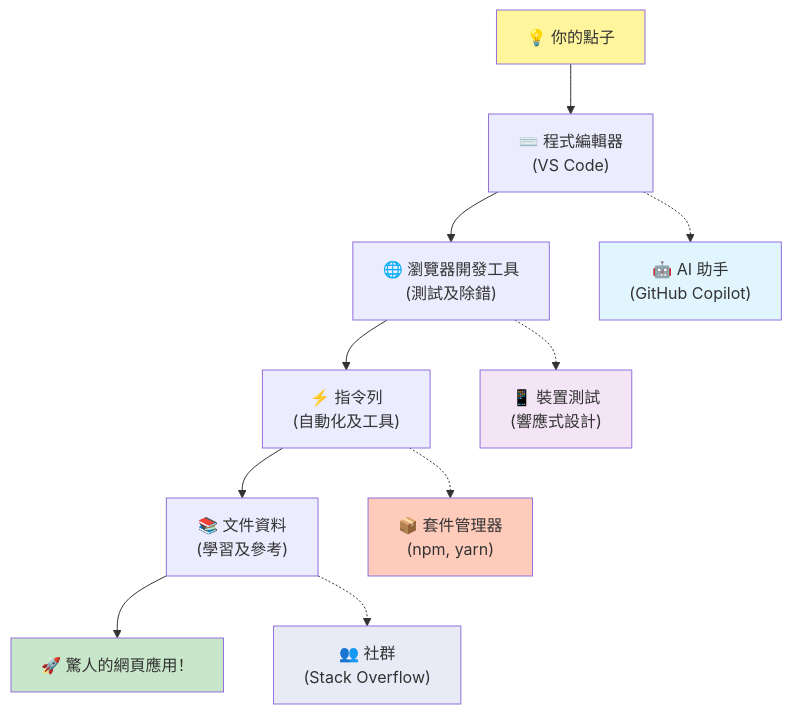
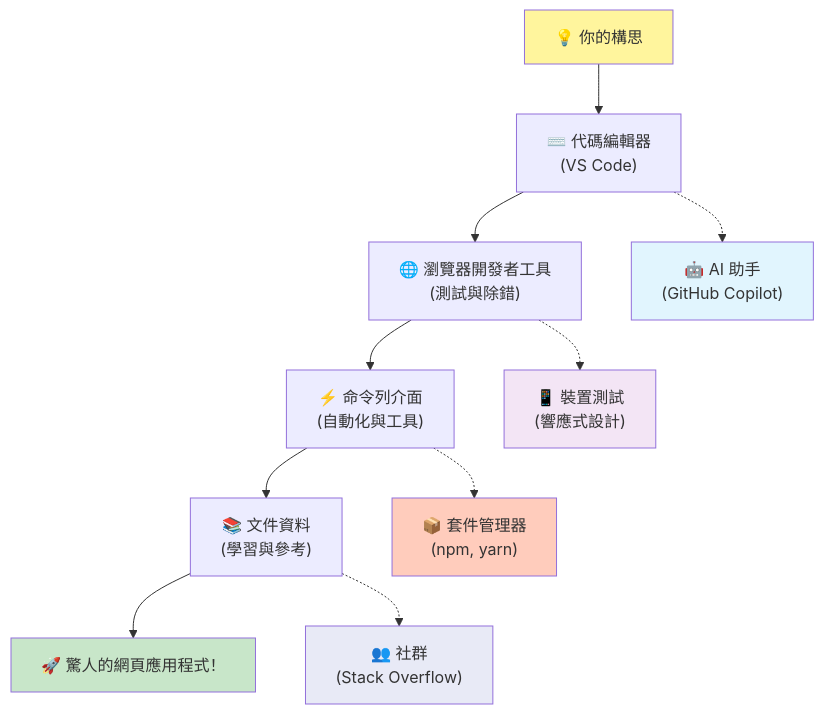
The fifth of 7 diagrams in translations/zh-HK/1-getting-started-lessons/1-intro-to-programming-languages/README.md (microsoft/Web-Dev-For-Beginners), drawn with Mermaid before and after one commit. The commit also changed other lines of this file and 8 other files, not shown here.

````diff
--- a/translations/zh-HK/1-getting-started-lessons/1-intro-to-programming-languages/README.md
+++ b/translations/zh-HK/1-getting-started-lessons/1-intro-to-programming-languages/README.md
@@ -487,20 +488,20 @@
 ```mermaid
 graph TD
-    A["💡 你的點子"] --> B["⌨️ 程式編輯器<br/>(VS Code)"] 
-    B --> C["🌐 瀏覽器開發工具<br/>(測試及除錯)"]
-    C --> D["⚡ 指令列<br/>(自動化及工具)"]
-    D --> E["📚 文件資料<br/>(學習及參考)"]
-    E --> F["🚀 驚人的網頁應用！"]
+    A["💡 你的構思"] --> B["⌨️ 代碼編輯器<br/>(VS Code)"] 
+    B --> C["🌐 瀏覽器開發者工具<br/>(測試與除錯)"]
+    C --> D["⚡ 命令列介面<br/>(自動化與工具)"]
+    D --> E["📚 文件資料<br/>(學習與參考)"]
+    E --> F["🚀 驚人的網頁應用程式！"]
     
     B -.-> G["🤖 AI 助手<br/>(GitHub Copilot)"]
     C -.-> H["📱 裝置測試<br/>(響應式設計)"]
     D -.-> I["📦 套件管理器<br/>(npm, yarn)"]
     E -.-> J["👥 社群<br/>(Stack Overflow)"]
     
     style A fill:#fff59d
     style F fill:#c8e6c9
     style G fill:#e1f5fe
     style H fill:#f3e5f5
     style I fill:#ffccbc
     style J fill:#e8eaf6
 ```
````
